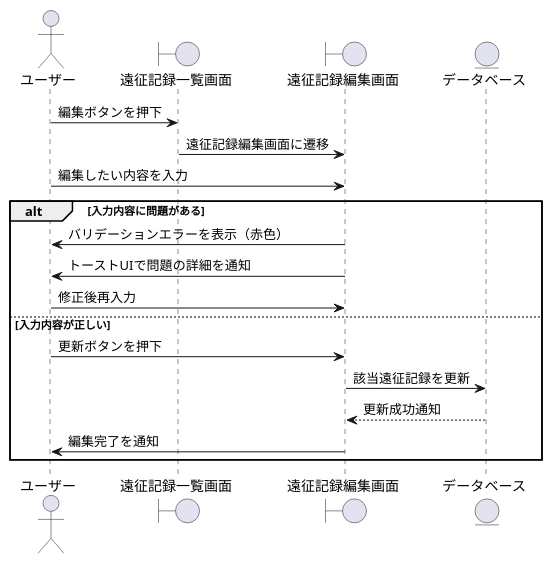
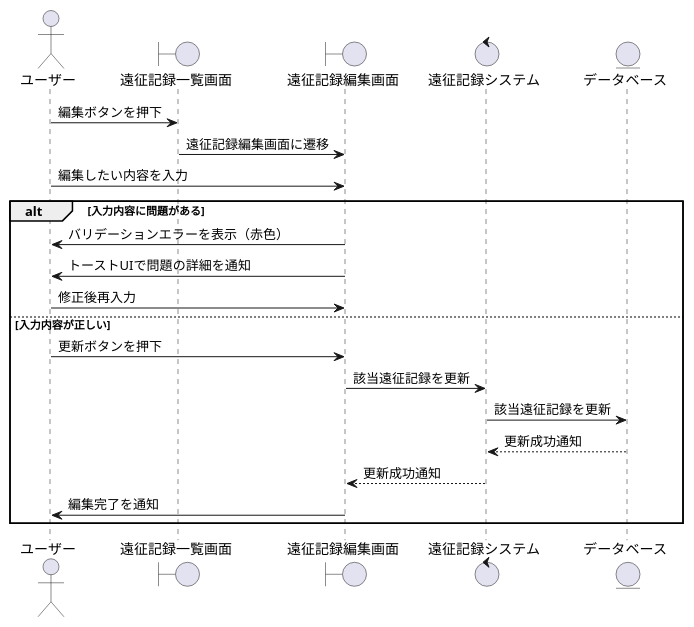
Before and after one commit to shoken3207/sotsuken: the diagram in シーケンス図/遠征記録/編集.pu, drawn with PlantUML. The commit also changed 7 other files, not shown here.

```diff
--- a/シーケンス図/遠征記録/編集.pu
+++ b/シーケンス図/遠征記録/編集.pu
@@ -1,22 +1,25 @@
 @startuml
 actor ユーザー as User
 boundary "遠征記録一覧画面" as RecordList
 boundary "遠征記録編集画面" as RecordEdit
+control "遠征記録システム" as System
 entity "データベース" as DB
 
 User -> RecordList: 編集ボタンを押下
 RecordList -> RecordEdit: 遠征記録編集画面に遷移
 
 User -> RecordEdit: 編集したい内容を入力
 alt 入力内容に問題がある
     RecordEdit -> User: バリデーションエラーを表示（赤色）
     RecordEdit -> User: トーストUIで問題の詳細を通知
     User -> RecordEdit: 修正後再入力
 else 入力内容が正しい
     User -> RecordEdit: 更新ボタンを押下
-    RecordEdit -> DB: 該当遠征記録を更新
-    DB --> RecordEdit: 更新成功通知
+    RecordEdit -> System: 該当遠征記録を更新
+    System -> DB: 該当遠征記録を更新
+    DB --> System: 更新成功通知
+    System --> RecordEdit: 更新成功通知
     RecordEdit -> User: 編集完了を通知
 end
 
 @enduml
```
